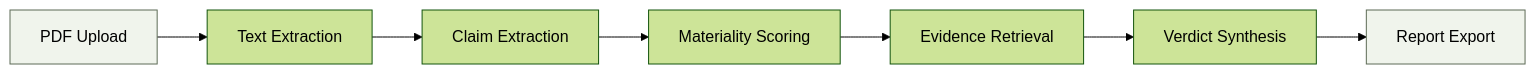
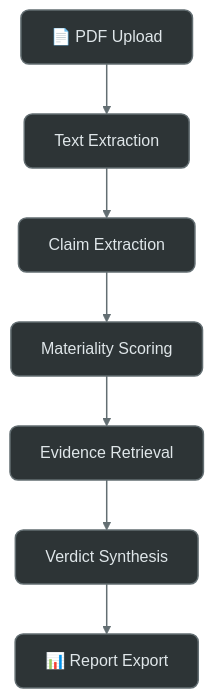
One commit to de2pressed/2see changed the diagram in README.md. Above: the diagram before and after it, drawn with Mermaid (forest theme).

Commit message:
add: readme.md

````diff
--- a/README.md
+++ b/README.md
@@ -17,12 +17,12 @@
 ```mermaid
-flowchart LR
-    A[PDF Upload] --> B[Text Extraction]
-    B --> C[Claim Extraction]
-    C --> D[Materiality Scoring]
-    D --> E[Evidence Retrieval]
-    E --> F[Verdict Synthesis]
-    F --> G[Report Export]
+flowchart TD
+    A["📄 PDF Upload"] --> B["Text Extraction"]
+    B --> C["Claim Extraction"]
+    C --> D["Materiality Scoring"]
+    D --> E["Evidence Retrieval"]
+    E --> F["Verdict Synthesis"]
+    F --> G["📊 Report Export"]
 
-    style A fill:#f0f4ec,stroke:#5d6b56
-    style G fill:#f0f4ec,stroke:#5d6b56
+    classDef default fill:#2d3436,stroke:#636e72,stroke-width:1.5px,color:#dfe6e9,rx:8
+    linkStyle default stroke:#636e72,stroke-width:1.5px
 ```
````
